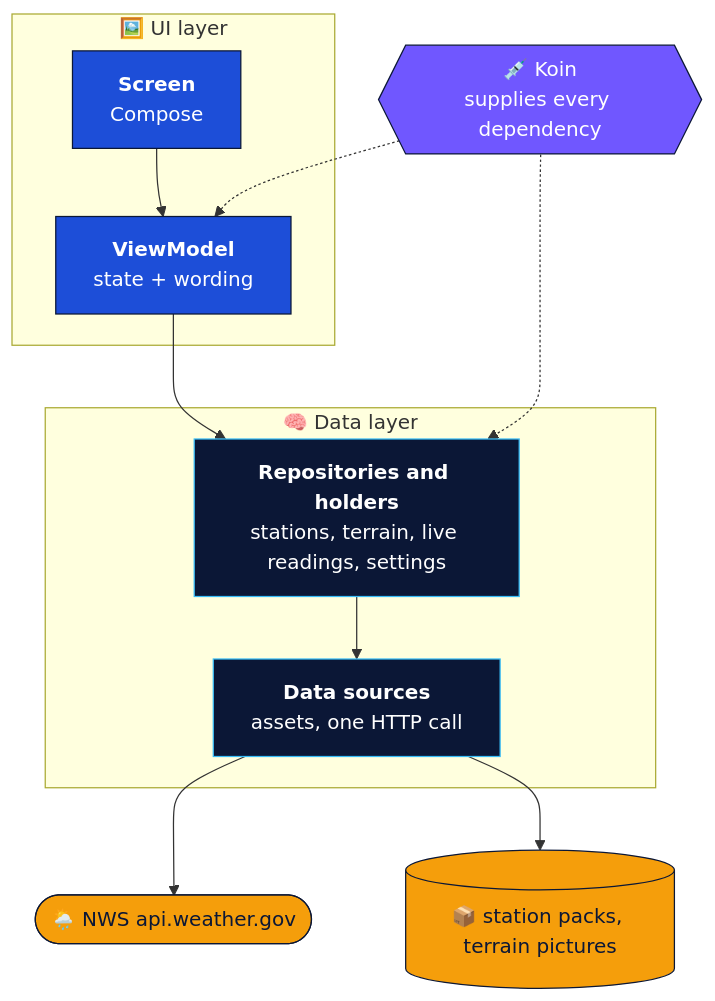
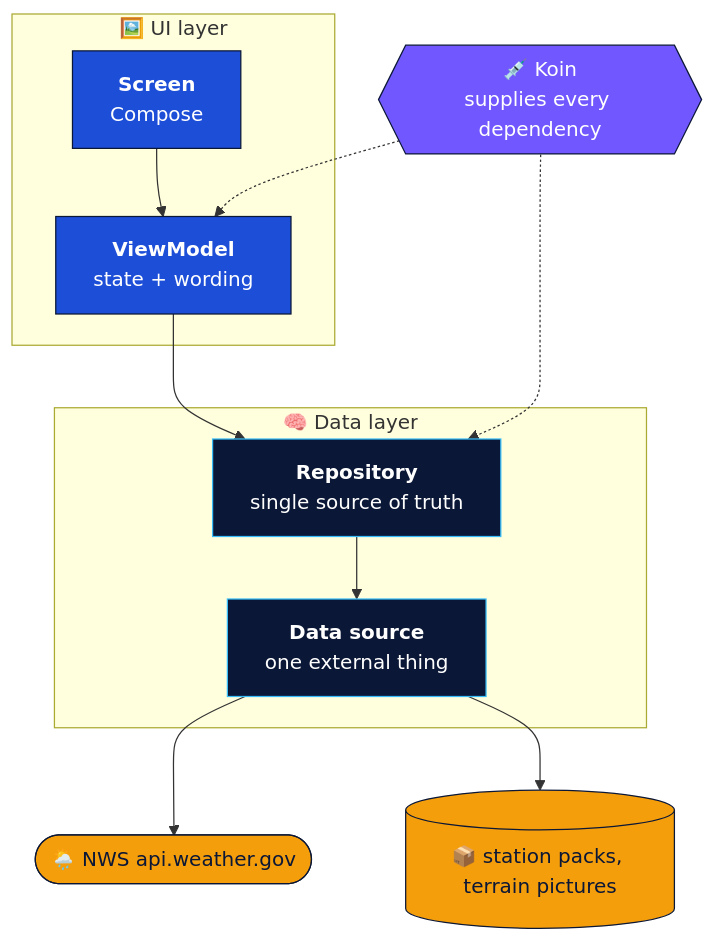
Before and after one commit to GeneSJC/CaliClimates_Kotlin: the first of 2 diagrams in README.md, drawn with Mermaid. The commit also changed other lines of this file and 1 other file, not shown here.

First line of the commit message:
README: the Architecture section follows the Code Fix Panda format

````diff
--- a/README.md
+++ b/README.md
@@ -248,22 +264,22 @@
 ```mermaid
 flowchart TB
     subgraph UI["🖼️ UI layer"]
         V["<b>Screen</b><br/>Compose"] --> VM["<b>ViewModel</b><br/>state + wording"]
     end
     subgraph DATA["🧠 Data layer"]
-        VM --> R["<b>Repositories and holders</b><br/>stations, terrain, live readings, settings"]
-        R --> DS["<b>Data sources</b><br/>assets, one HTTP call"]
+        VM --> R["<b>Repository</b><br/>single source of truth"]
+        R --> DS["<b>Data source</b><br/>one external thing"]
     end
     DS --> NWS(["🌦️ NWS api.weather.gov"])
     DS --> A[("📦 station packs, terrain pictures")]
     K{{"💉 Koin<br/>supplies every dependency"}} -.-> VM
     K -.-> R
     classDef ui fill:#1D4ED8,stroke:#0B1736,color:#ffffff;
     classDef data fill:#0B1736,stroke:#38BDF8,color:#ffffff;
     classDef edge fill:#F59E0B,stroke:#0B1736,color:#0B1736;
     classDef di fill:#7057FF,stroke:#0B1736,color:#ffffff;
     class V,VM ui;
     class R,DS data;
     class NWS,A edge;
     class K di;
 ```
````
